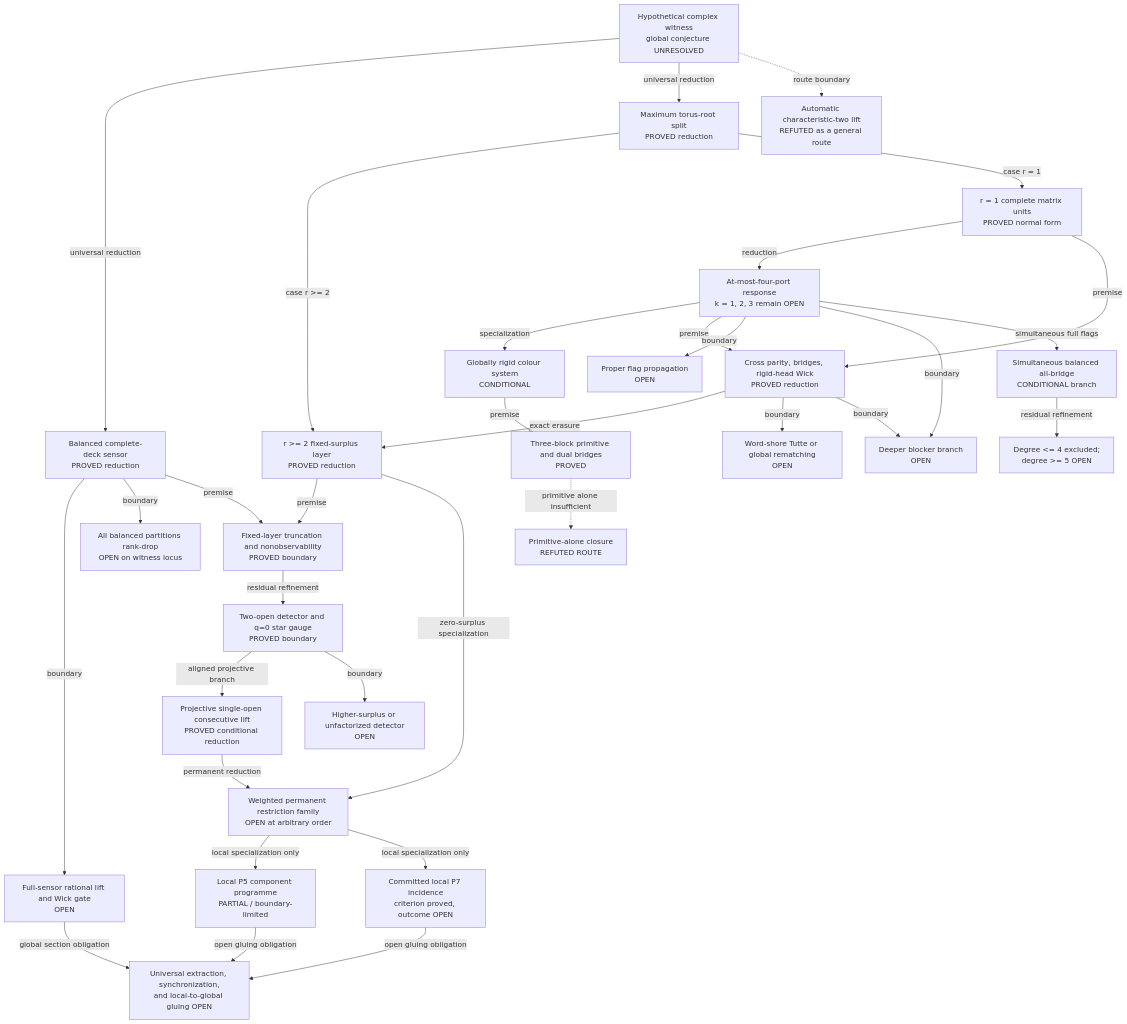
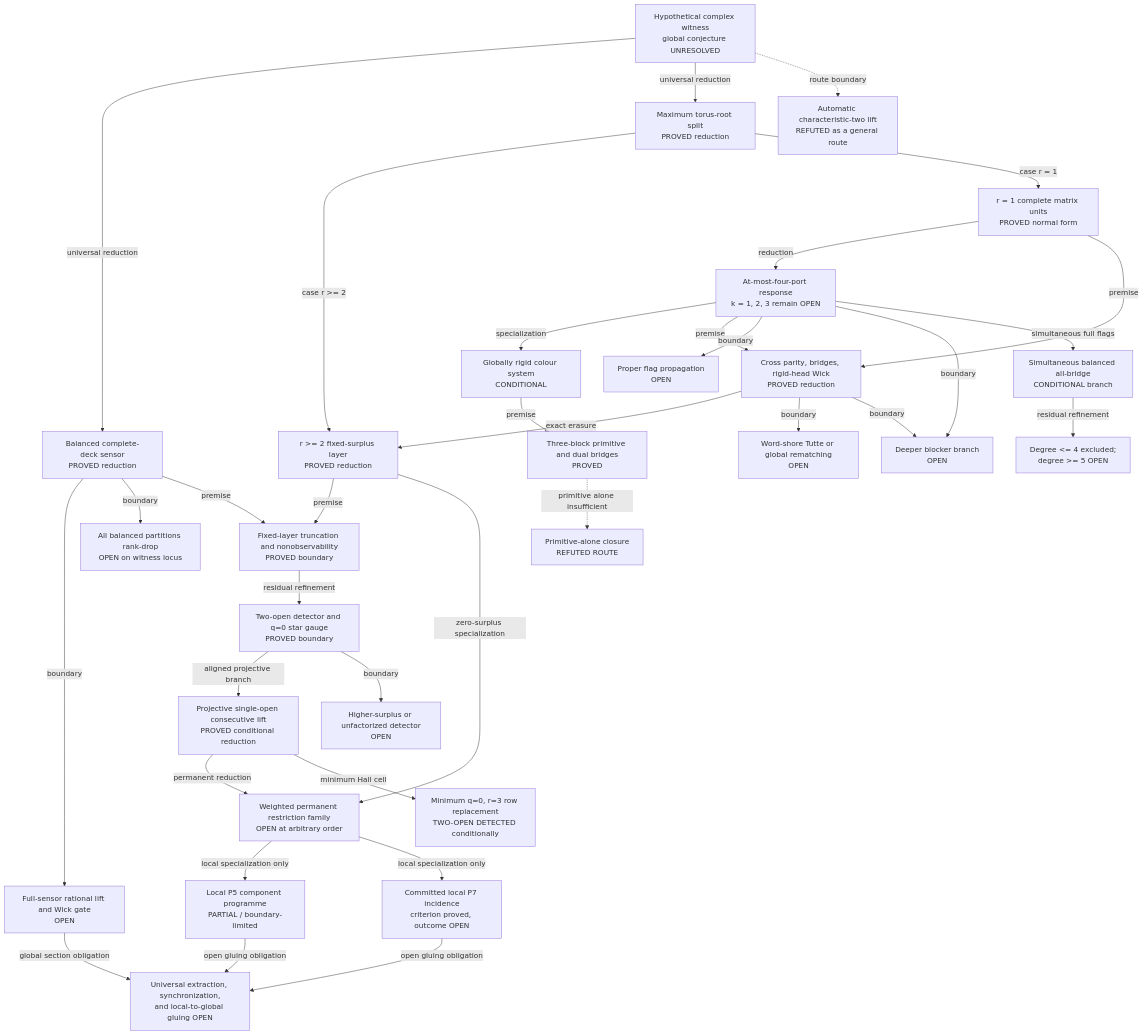
The diagram in docs/current-frontier.md (YesterdaysLemon/krenn-gu-research), drawn with Mermaid before and after one commit. The commit also changed other lines of this file and 6 other files, not shown here.

Commit message:
Prove minimal projective two-open detector (#85)

````diff
--- a/docs/current-frontier.md
+++ b/docs/current-frontier.md
@@ -43,70 +43,72 @@
 ```mermaid
 flowchart TD
   G0["Hypothetical complex witness<br/>global conjecture UNRESOLVED"]
 
   S1["Balanced complete-deck sensor<br/>PROVED reduction"]
   S2["Full-sensor rational lift and Wick gate<br/>OPEN"]
   S3["All balanced partitions rank-drop<br/>OPEN on witness locus"]
 
   M1["Maximum torus-root split<br/>PROVED reduction"]
   M2["r >= 2 fixed-surplus layer<br/>PROVED reduction"]
   PR["Weighted permanent restriction family<br/>OPEN at arbitrary order"]
   O1["Fixed-layer truncation and nonobservability<br/>PROVED boundary"]
   O2["Two-open detector and q=0 star gauge<br/>PROVED boundary"]
   O2P["Projective single-open consecutive lift<br/>PROVED conditional reduction"]
+  O2M["Minimum q=0, r=3 row replacement<br/>TWO-OPEN DETECTED conditionally"]
   O3["Higher-surplus or unfactorized detector<br/>OPEN"]
 
   U1["r = 1 complete matrix units<br/>PROVED normal form"]
   U2["At-most-four-port response<br/>k = 1, 2, 3 remain OPEN"]
   U3["Globally rigid colour system<br/>CONDITIONAL"]
   U4["Three-block primitive and dual bridges<br/>PROVED"]
   U5["Primitive-alone closure<br/>REFUTED ROUTE"]
   U6["Cross parity, bridges, rigid-head Wick<br/>PROVED reduction"]
   U7["Word-shore Tutte or global rematching<br/>OPEN"]
   U8["Proper flag propagation<br/>OPEN"]
   D1["Deeper blocker branch<br/>OPEN"]
 
   A1["Simultaneous balanced all-bridge<br/>CONDITIONAL branch"]
   A2["Degree <= 4 excluded;<br/>degree >= 5 OPEN"]
 
   P5["Local P5 component programme<br/>PARTIAL / boundary-limited"]
   P7["Committed local P7 incidence<br/>criterion proved, outcome OPEN"]
   GL["Universal extraction, synchronization,<br/>and local-to-global gluing OPEN"]
   C2["Automatic characteristic-two lift<br/>REFUTED as a general route"]
 
   G0 -->|universal reduction| S1
   S1 -->|boundary| S2
   S1 -->|boundary| S3
 
   G0 -->|universal reduction| M1
   M1 -->|case r >= 2| M2
   M1 -->|case r = 1| U1
   S1 -->|premise| O1
   M2 -->|premise| O1
   O1 -->|residual refinement| O2
   O2 -->|aligned projective branch| O2P
   O2P -->|permanent reduction| PR
+  O2P -->|minimum Hall cell| O2M
   O2 -->|boundary| O3
   M2 -->|zero-surplus specialization| PR
 
   U1 -->|reduction| U2
   U2 -->|specialization| U3
   U3 -->|premise| U4
   U4 -. primitive alone insufficient .-> U5
   U1 -->|premise| U6
   U2 -->|premise| U6
   U6 -->|exact erasure| M2
   U6 -->|boundary| U7
   U2 -->|boundary| U8
   U2 -->|boundary| D1
   U6 -->|boundary| D1
   U2 -->|simultaneous full flags| A1
   A1 -->|residual refinement| A2
 
   PR -->|local specialization only| P5
   PR -->|local specialization only| P7
   P5 -->|open gluing obligation| GL
   P7 -->|open gluing obligation| GL
   S2 -->|global section obligation| GL
   G0 -. route boundary .-> C2
 ```
````
